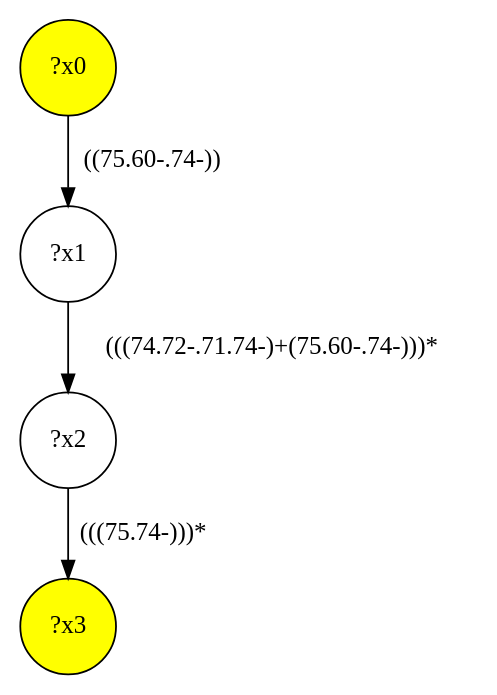
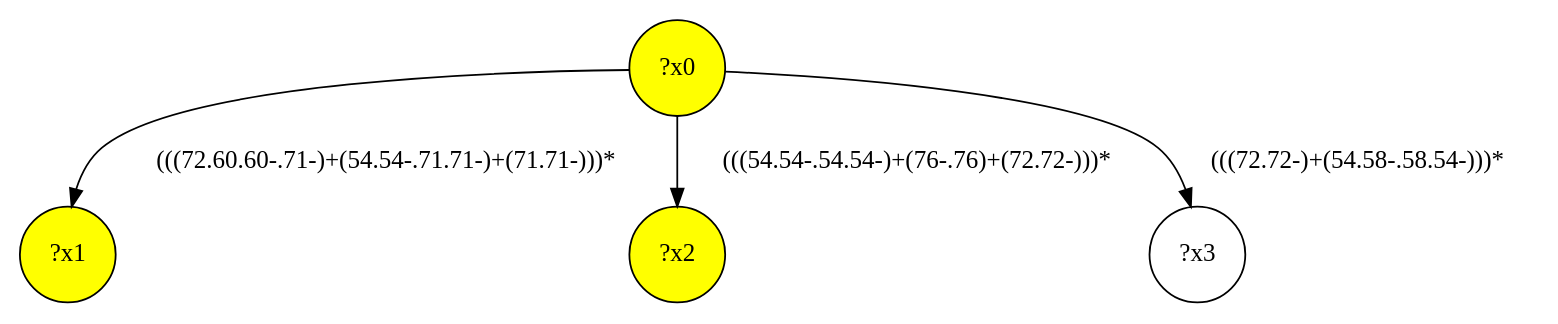
One commit to gbagan/gmark changed the diagram in demo/shop/shop-interface/query-42.dot. Above: the diagram before and after it, drawn with Graphviz. The commit also changed 1061 other files, not shown here.

```diff
--- a/demo/shop/shop-interface/query-42.dot
+++ b/demo/shop/shop-interface/query-42.dot
@@ -1,9 +1,9 @@
 digraph g {
+	x1 [fillcolor="yellow", style="filled," shape=circle, label="?x1"];
 	x0 [fillcolor="yellow", style="filled," shape=circle, label="?x0"];
-	x3 [fillcolor="yellow", style="filled," shape=circle, label="?x3"];
-	x1 [shape=circle, label="?x1"];
-	x0 -> x1 [label="((75.60-.74-))"];
-	x2 [shape=circle, label="?x2"];
-	x1 -> x2 [label="(((74.72-.71.74-)+(75.60-.74-)))*"];
-	x2 -> x3 [label="(((75.74-)))*"];
+	x2 [fillcolor="yellow", style="filled," shape=circle, label="?x2"];
+	x0 -> x1 [label="(((72.60.60-.71-)+(54.54-.71.71-)+(71.71-)))*"];
+	x0 -> x2 [label="(((54.54-.54.54-)+(76-.76)+(72.72-)))*"];
+	x3 [shape=circle, label="?x3"];
+	x0 -> x3 [label="(((72.72-)+(54.58-.58.54-)))*"];
 }
```
